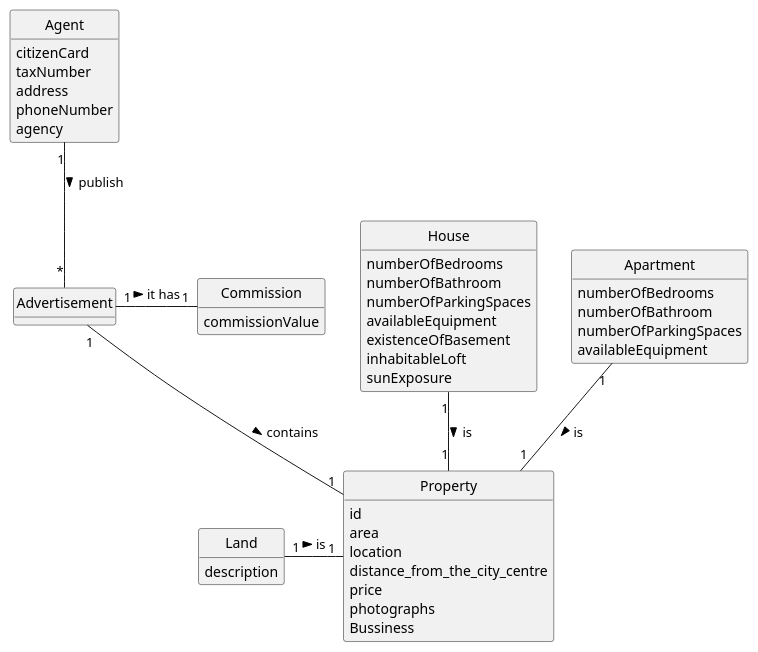
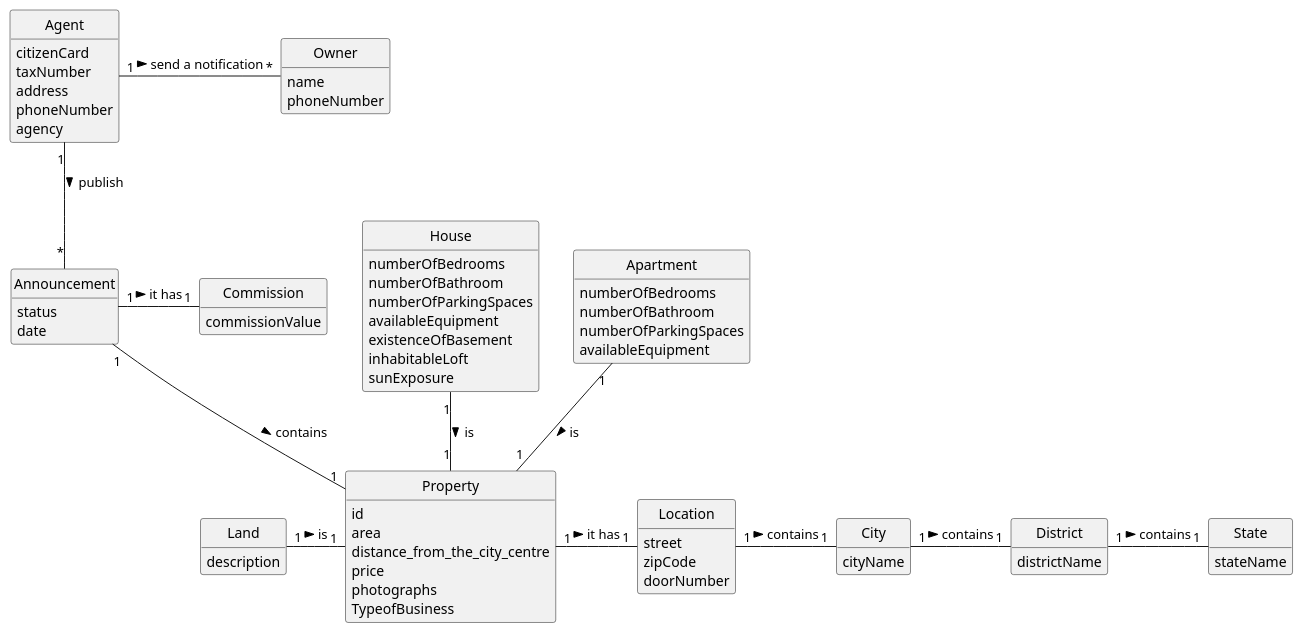
One commit to tiagohcorreia/LAPR2 changed the diagram in docs/sprintD/US002/02.analysis/puml/US2_DM.puml. Above: the diagram before and after it, drawn with PlantUML. The commit also changed 17 other files, not shown here.

```diff
--- a/docs/sprintD/US002/02.analysis/puml/US2_DM.puml
+++ b/docs/sprintD/US002/02.analysis/puml/US2_DM.puml
@@ -1,82 +1,111 @@
 @startuml
 skinparam monochrome true
 skinparam packageStyle rectangle
 skinparam shadowing false
 
 'left to right direction
 
 skinparam classAttributeIconSize 0
 
 hide circle
 hide methods
 
 
 class Agent {
     citizenCard
     taxNumber
     address
     phoneNumber
     agency
 }
 
 
 
-class Advertisement {
+class Announcement {
+    status
+    date
 
 }
 
 
 
 class House {
      numberOfBedrooms
      numberOfBathroom
      numberOfParkingSpaces
      availableEquipment
      existenceOfBasement
      inhabitableLoft
      sunExposure
 }
 
 class Apartment {
      numberOfBedrooms
      numberOfBathroom
      numberOfParkingSpaces
      availableEquipment
 
 }
 class Land {
      description
 }
 
 class Commission {
     commissionValue
 }
 
 class Property {
      id
      area
-     location
      distance_from_the_city_centre
      price
      photographs
-     Bussiness
+     TypeofBusiness
 
+}
+
+class Location{
+    street
+    zipCode
+    doorNumber
+}
+class City{
+    cityName
+}
+
+class District{
+    districtName
+
+}
+class State{
+    stateName
+}
+class Owner{
+        name
+        phoneNumber
 }
 
 
 
 
-Advertisement "1" -- "1" Property: contains >
-Agent "1" -- "*" Advertisement: publish >
+Announcement "1" -- "1" Property: contains >
+Agent "1" -- "*" Announcement: publish >
 House "1" --"1" Property: is >
 Apartment"1" -- "1" Property: is >
 Land"1" - "1" Property: is >
-Advertisement"1" - "1" Commission: it has >
+Announcement"1" - "1" Commission: it has >
+Agent "1" - "*" Owner:  send a notification >
+Property "1" - "1"Location: it has >
+Location "1" - "1" City: contains >
+City "1" - "1" District: contains >
+District "1" - "1" State: contains >
+
+
 
 
 
 
 
 
 
 @enduml
```
